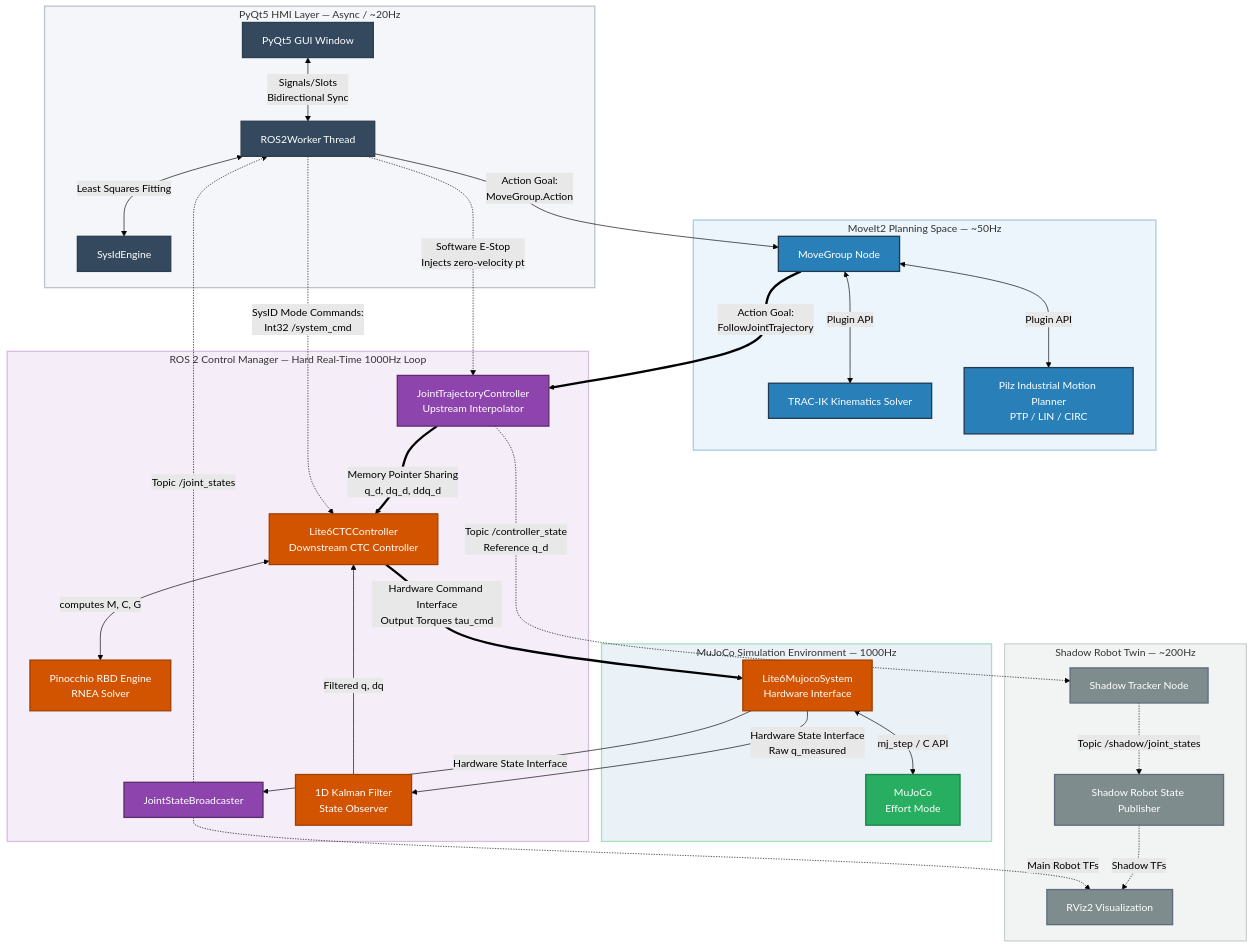
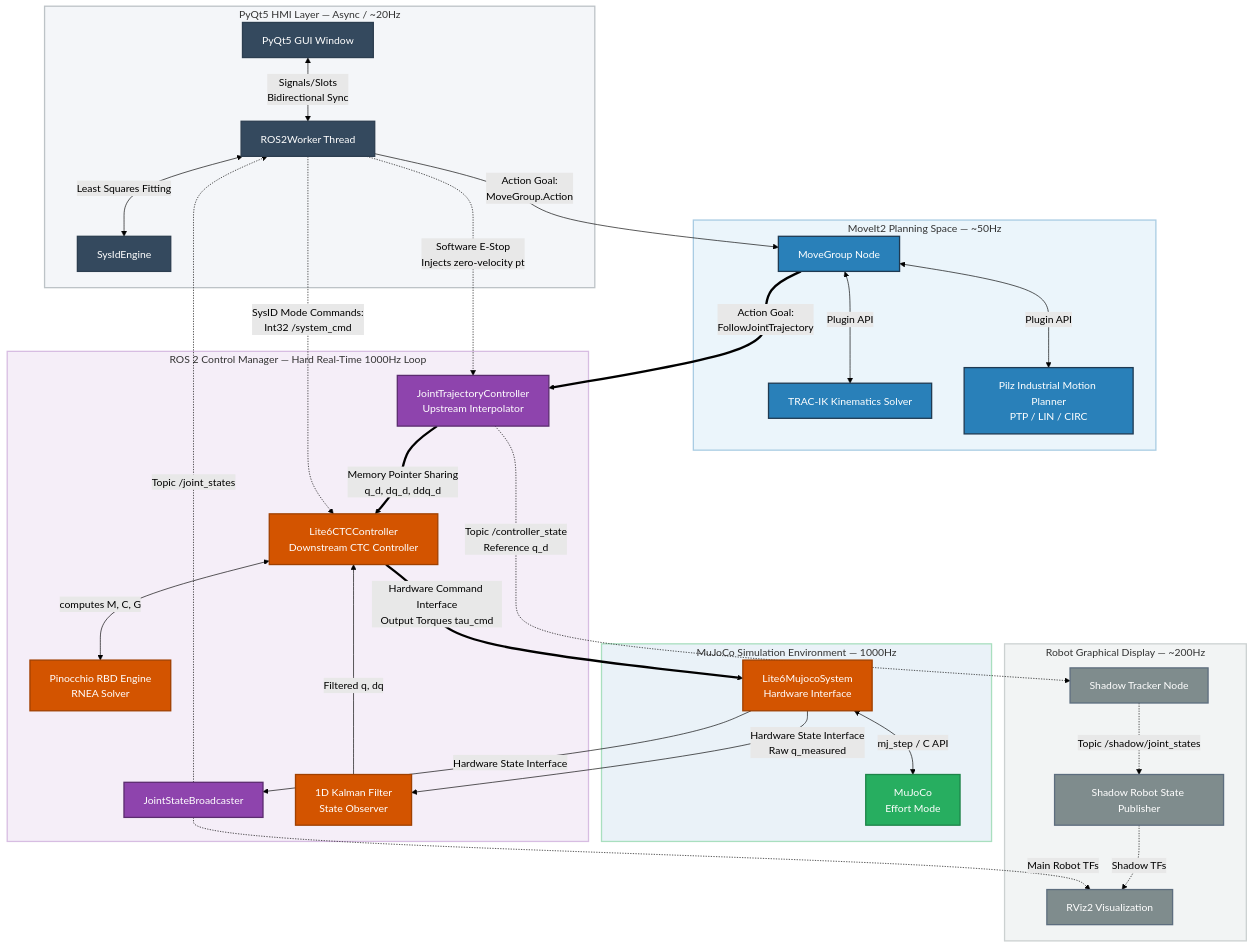
One commit to Tianyi-Wang-1206/ROS-2-Dynamics-Controller-for-Lightweight-6-Axis-Robotic-Arms changed the diagram in README.md. Above: the diagram before and after it, drawn with Mermaid (forest theme).

````diff
--- a/README.md
+++ b/README.md
@@ -82,7 +82,7 @@
     end
 
     %% Subgraph: Shadow Robot Twin (Visualization Helper)
-    subgraph Sub_Shadow [Shadow Robot Twin — ~200Hz]
+    subgraph Sub_Display [Robot Graphical Display — ~200Hz]
         Tracker[Shadow Tracker Node]:::Util
         ShadowRSP[Shadow Robot State Publisher]:::Util
         RViz[RViz2 Visualization]:::Util
@@ -113,5 +113,5 @@
     style Sub_MoveIt fill:#ebf5fb,stroke:#a9cce3,stroke-width:2px;
     style Sub_R2C fill:#f5eef8,stroke:#d7bde2,stroke-width:2px;
     style Sub_MuJoCo fill:#eaf2f8,stroke:#a9dfbf,stroke-width:2px;
-    style Sub_Shadow fill:#f2f4f4,stroke:#ccd1d1,stroke-width:2px;
+    style Sub_Display fill:#f2f4f4,stroke:#ccd1d1,stroke-width:2px;
 ```
````
